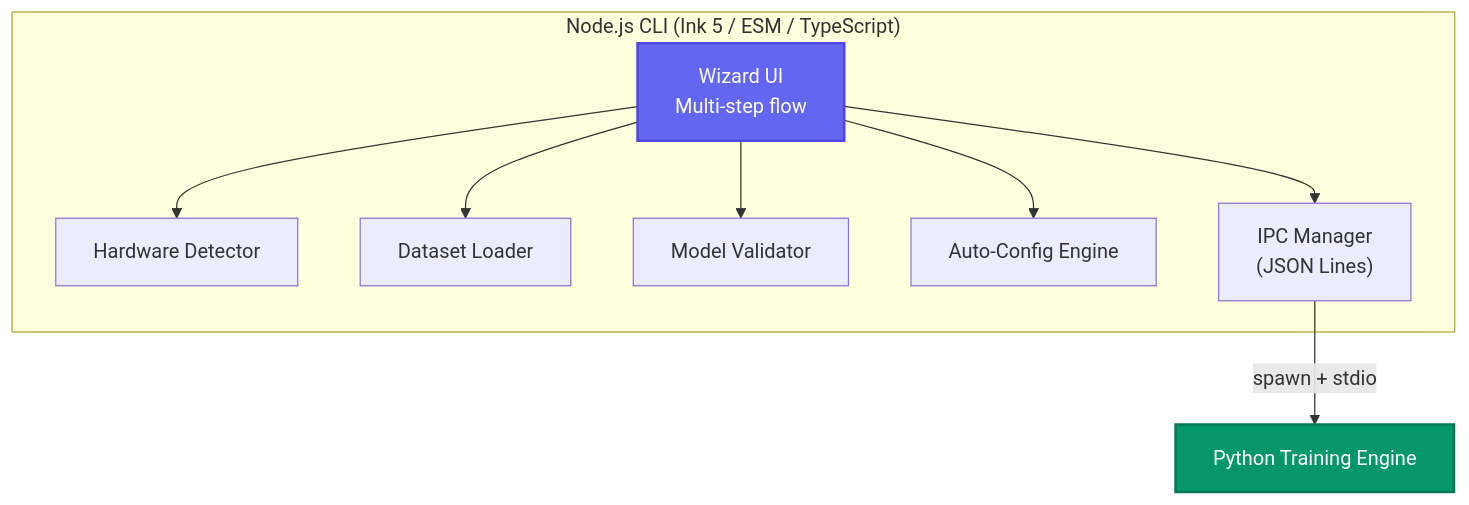
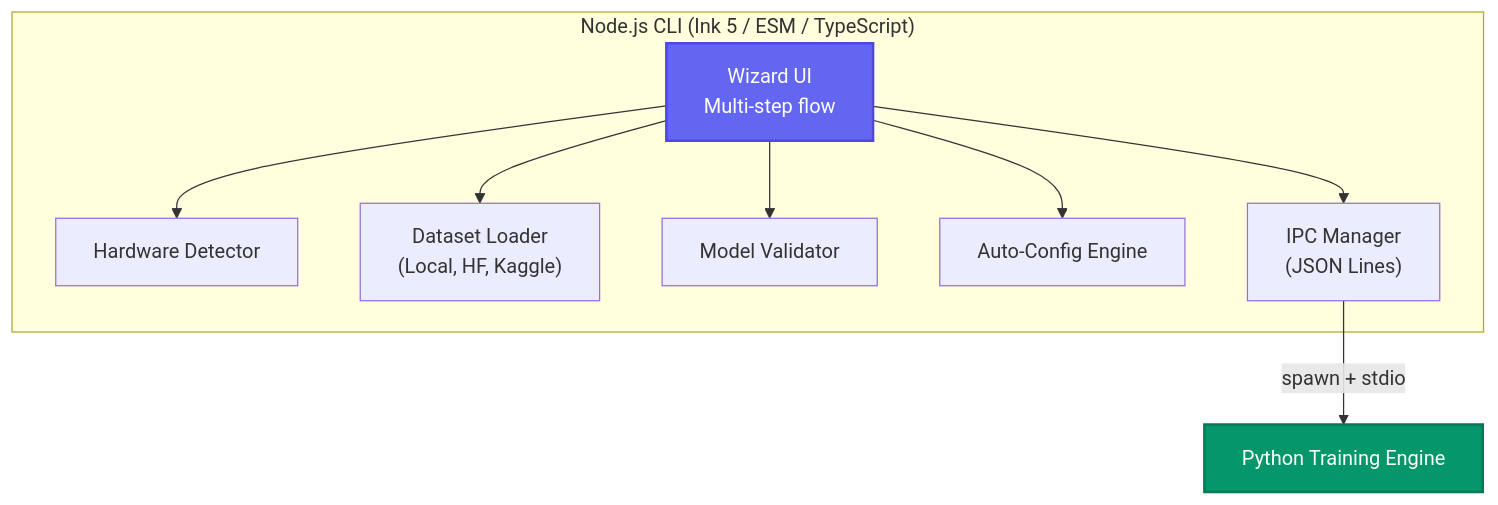
Before and after one commit to arrshh12/orb: the first of 2 diagrams in README.md, drawn with Mermaid. The commit also changed other lines of this file, not shown here.

Commit message:
docs: Update README with CPU architecture and Kaggle support details

````diff
--- a/README.md
+++ b/README.md
@@ -72,15 +72,15 @@
 ```mermaid
 graph TB
     subgraph "Node.js CLI (Ink 5 / ESM / TypeScript)"
         A["Wizard UI<br/>Multi-step flow"] --> B["Hardware Detector"]
-        A --> C["Dataset Loader"]
+        A --> C["Dataset Loader<br/>(Local, HF, Kaggle)"]
         A --> D["Model Validator"]
         A --> E["Auto-Config Engine"]
         A --> F["IPC Manager<br/>(JSON Lines)"]
     end
 
     F -->|"spawn + stdio"| G["Python Training Engine"]
     
     style A fill:#6366f1,color:white,stroke:#4f46e5,stroke-width:2px
     style G fill:#059669,color:white,stroke:#047857,stroke-width:2px
 ```
````
